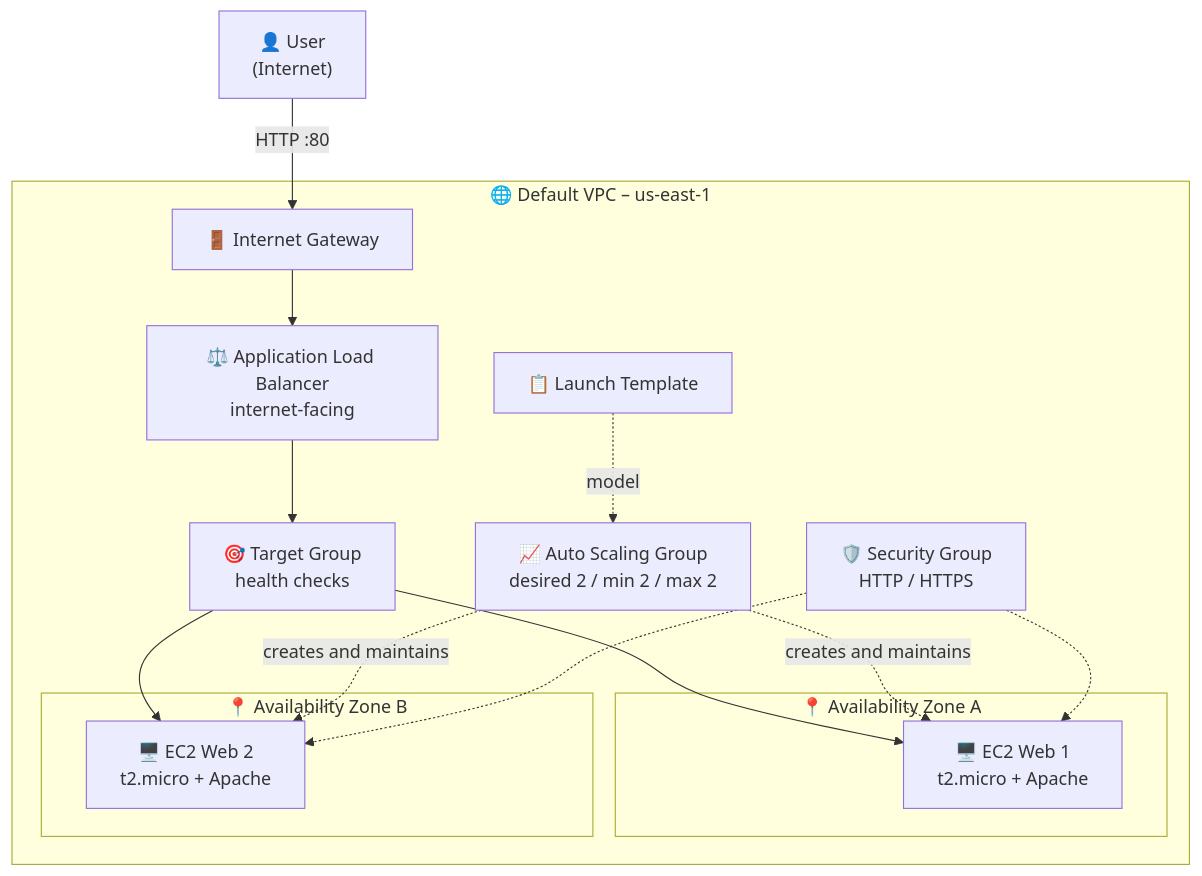
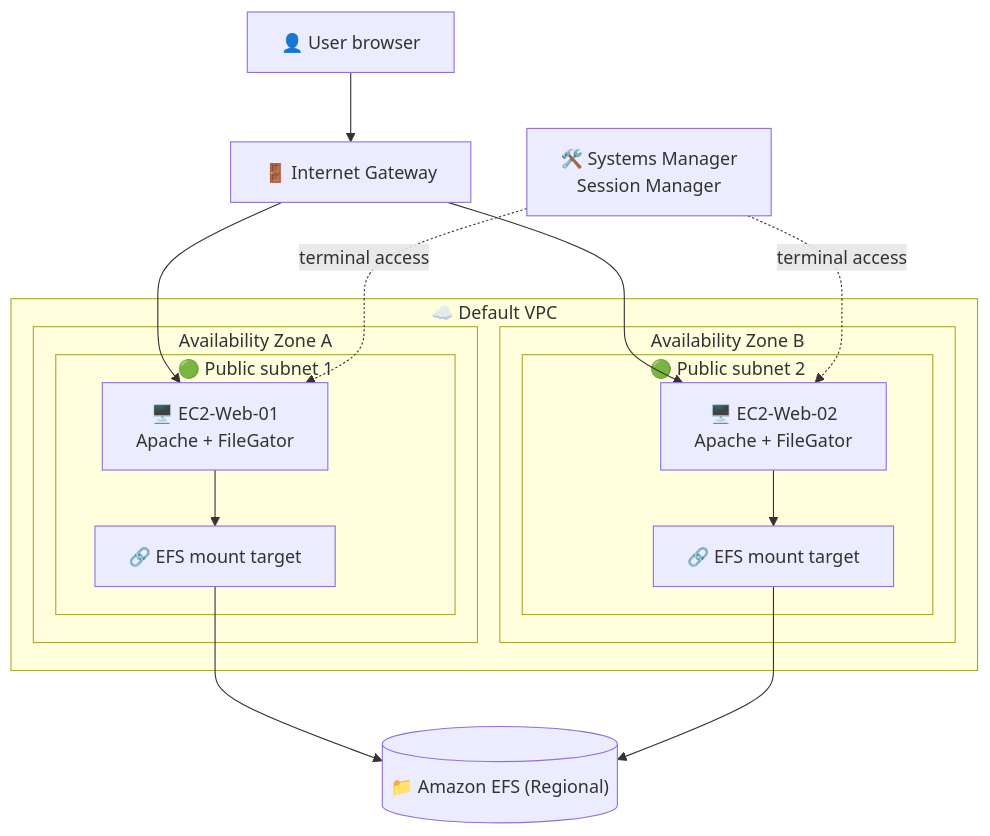
The diagram in Mandatory Labs/Lab 05 - Auto Scaling e Elastic Load Balancer/Lab 05 - Auto Scaling and Elastic Load Balancer.md (lbarretto/aws-sa-associate-labs), drawn with Mermaid before and after one commit. The commit also changed other lines of this file and 47 other files, not shown here.

First line of the commit message:
aws-sa-associate-labs - update AWS Solutions Architect Associate lab documentation

````diff
--- a/Mandatory Labs/Lab 05 - Auto Scaling e Elastic Load Balancer/Lab 05 - Auto Scaling and Elastic Load Balancer.md
+++ b/Mandatory Labs/Lab 05 - Auto Scaling e Elastic Load Balancer/Lab 05 - Auto Scaling and Elastic Load Balancer.md
@@ -75,21 +74,29 @@
 ```mermaid
 flowchart TB
-    U["👤 User<br/>(Internet)"] -->|"HTTP :80"| IGW["🚪 Internet Gateway"]
-    subgraph VPC["🌐 Default VPC – us-east-1"]
-        IGW --> ALB["⚖️ Application Load Balancer<br/>internet-facing"]
-        ALB --> TG["🎯 Target Group<br/>health checks"]
-        subgraph AZA["📍 Availability Zone A"]
-            EC1["🖥️ EC2 Web 1<br/>t2.micro + Apache"]
+    U["👤 User browser"] --> IGW["🚪 Internet Gateway"]
+
+    subgraph VPC["☁️ Default VPC"]
+        subgraph AZA["Availability Zone A"]
+            subgraph PUBA["🟢 Public subnet 1"]
+                EC1["🖥️ EC2-Web-01<br/>Apache + FileGator"]
+                MT1["🔗 EFS mount target"]
+            end
         end
-        subgraph AZB["📍 Availability Zone B"]
-            EC2["🖥️ EC2 Web 2<br/>t2.micro + Apache"]
+        subgraph AZB["Availability Zone B"]
+            subgraph PUBB["🟢 Public subnet 2"]
+                EC2["🖥️ EC2-Web-02<br/>Apache + FileGator"]
+                MT2["🔗 EFS mount target"]
+            end
         end
-        TG --> EC1
-        TG --> EC2
-        LT["📋 Launch Template"] -.->|"model"| ASG["📈 Auto Scaling Group<br/>desired 2 / min 2 / max 2"]
-        ASG -.->|"creates and maintains"| EC1
-        ASG -.->|"creates and maintains"| EC2
-        SG["🛡️ Security Group<br/>HTTP / HTTPS"] -.-> EC1
-        SG -.-> EC2
     end
+
+    EFS[("📁 Amazon EFS (Regional)")]
+    SSM["🛠️ Systems Manager<br/>Session Manager"]
+
+    IGW --> EC1
+    IGW --> EC2
+    EC1 --> MT1 --> EFS
+    EC2 --> MT2 --> EFS
+    SSM -. terminal access .-> EC1
+    SSM -. terminal access .-> EC2
 ```
````
